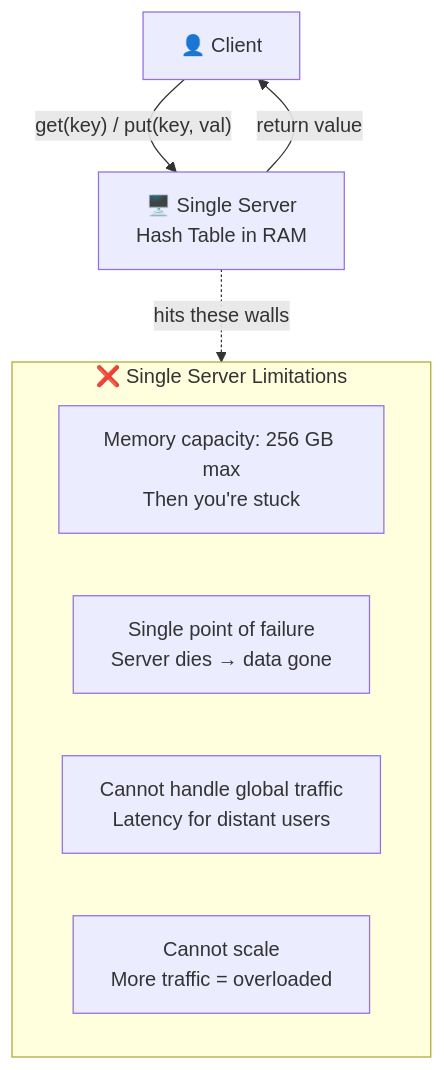
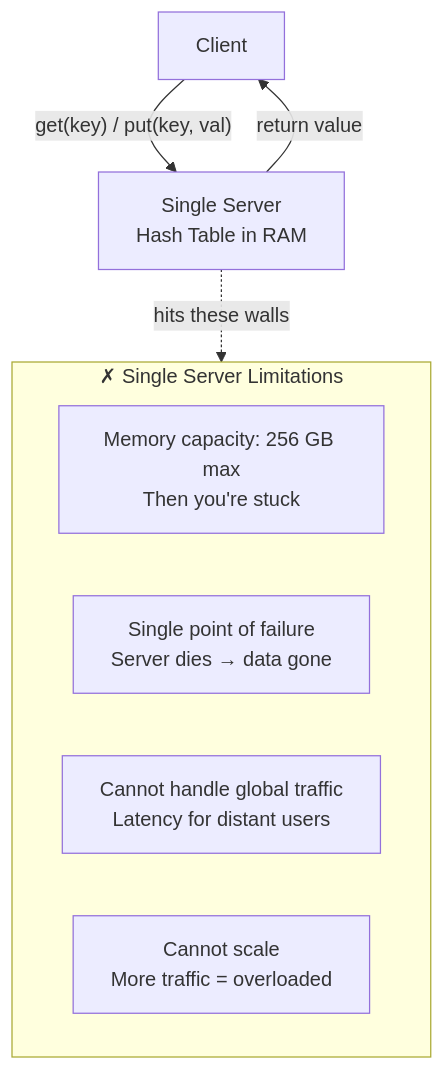
The first of 22 diagrams in content/posts/2026/design-a-key-value-store.md (devops-monk/system-design-blog), drawn with Mermaid before and after one commit. The commit also changed other lines of this file and 5 other files, not shown here.

````diff
--- a/content/posts/2026/design-a-key-value-store.md
+++ b/content/posts/2026/design-a-key-value-store.md
@@ -67,14 +67,14 @@
 ```mermaid
 flowchart TD
-    CLIENT["👤 Client"] -->|"get(key) / put(key, val)"| SINGLE["🖥️ Single Server\nHash Table in RAM"]
+    CLIENT["Client"] -->|"get(key) / put(key, val)"| SINGLE["Single Server\nHash Table in RAM"]
     SINGLE -->|"return value"| CLIENT
 
-    subgraph SINGLE_LIMITS["❌ Single Server Limitations"]
+    subgraph SINGLE_LIMITS["✗ Single Server Limitations"]
         L1["Memory capacity: 256 GB max\nThen you're stuck"]
         L2["Single point of failure\nServer dies → data gone"]
         L3["Cannot handle global traffic\nLatency for distant users"]
         L4["Cannot scale\nMore traffic = overloaded"]
     end
 
     SINGLE -.->|"hits these walls"| SINGLE_LIMITS
 ```
````
